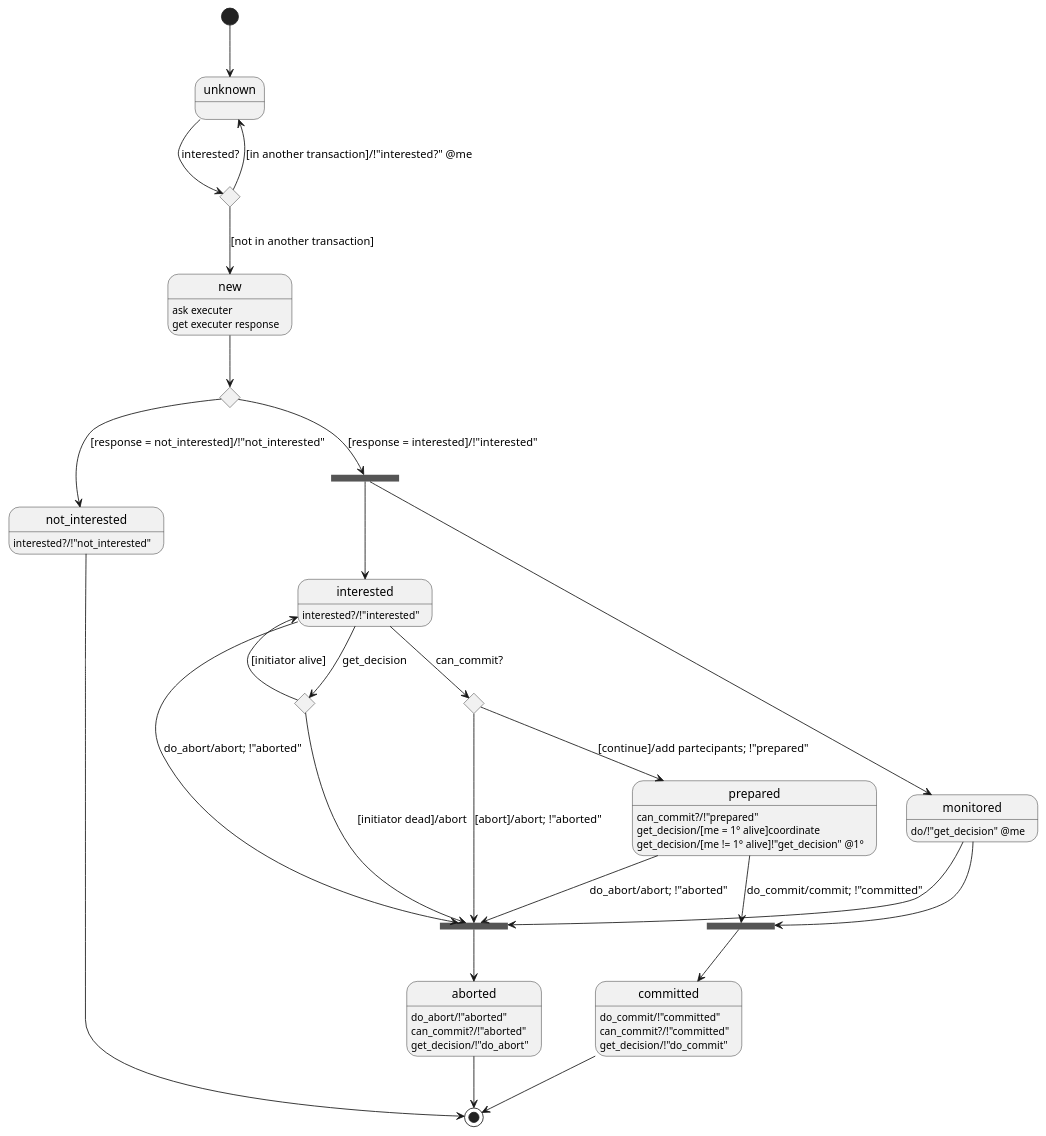
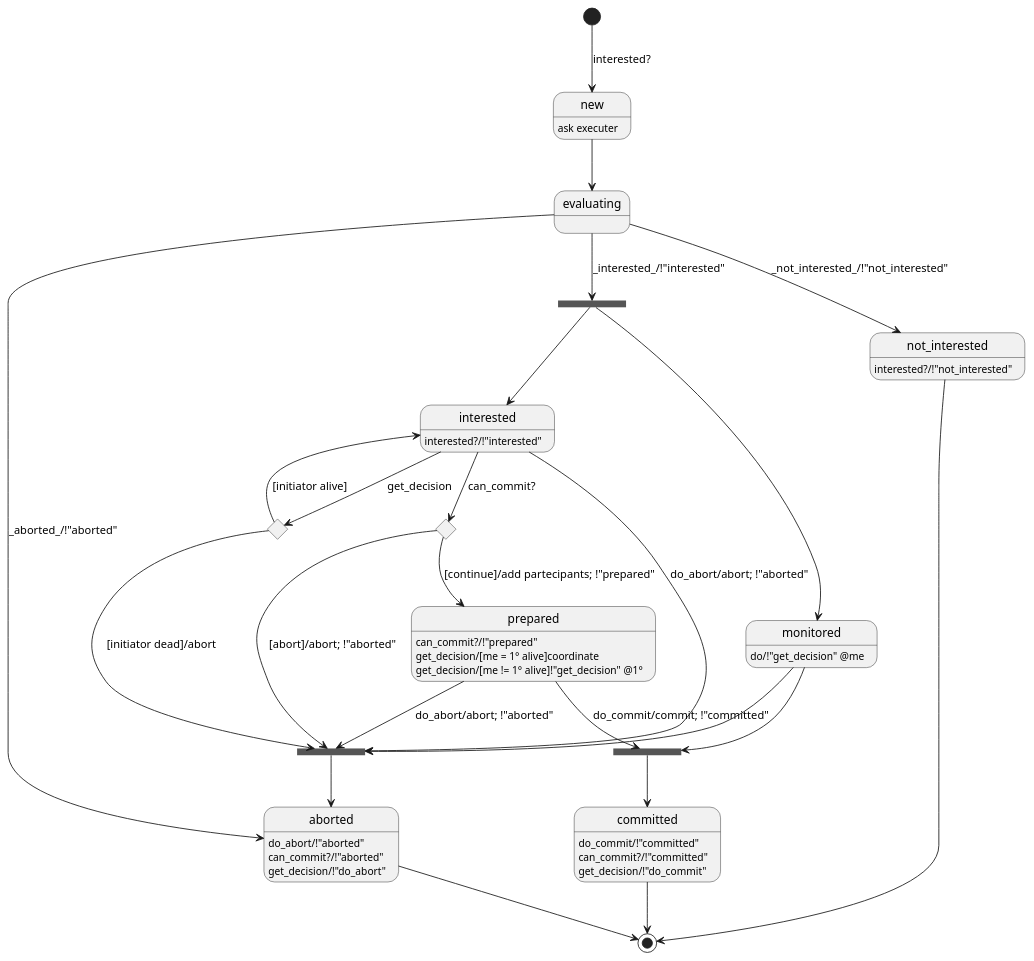
Before and after one commit to abu-lang/goabu: the diagram in docs/transaction_statechart.puml, drawn with PlantUML. The commit also changed 3 other files, not shown here.

Commit message:
updated uml

```diff
--- a/docs/transaction_statechart.puml
+++ b/docs/transaction_statechart.puml
@@ -1,64 +1,57 @@
 @startuml
 
-[*] --> unknown
+[*] --> new : interested?
+new : ask executer
+new --> evaluating
 
-state choice_int <<choice>>
-unknown --> choice_int : interested?
-choice_int --> unknown : [in another transaction]/!"interested?" @me
+evaluating --> aborted : _aborted_/!"aborted"
+aborted : do_abort/!"aborted"
+aborted : can_commit?/!"aborted"
+aborted : get_decision/!"do_abort"
+aborted --> [*]
 
-choice_int --> new : [not in another transaction]
-new : ask executer
-new : get executer response
-
-state choice_resp <<choice>>
-new --> choice_resp
-
-choice_resp --> not_interested : [response = not_interested]/!"not_interested"
+evaluating --> not_interested : _not_interested_/!"not_interested"
 not_interested : interested?/!"not_interested"
 not_interested --> [*]
 
 state par_start <<fork>>
-choice_resp --> par_start : [response = interested]/!"interested"
+evaluating --> par_start : _interested_/!"interested"
 
 par_start --> interested
 interested : interested?/!"interested"
 
 state par_abort <<fork>>
 interested --> par_abort : do_abort/abort; !"aborted"
 
 state choice_get_decision <<choice>>
 interested --> choice_get_decision : get_decision
 choice_get_decision --> interested : [initiator alive]
 choice_get_decision --> par_abort : [initiator dead]/abort
 
 state choice_can_commit <<choice>>
 interested --> choice_can_commit : can_commit?
 choice_can_commit --> par_abort : [abort]/abort; !"aborted"
 
 choice_can_commit --> prepared : [continue]/add partecipants; !"prepared"
 prepared : can_commit?/!"prepared"
 prepared : get_decision/[me = 1° alive]coordinate
 prepared : get_decision/[me != 1° alive]!"get_decision" @1°
 prepared --> par_abort : do_abort/abort; !"aborted"
 
 state par_commit <<fork>>
 prepared --> par_commit : do_commit/commit; !"committed"
 
 par_abort --> aborted
-aborted : do_abort/!"aborted"
-aborted : can_commit?/!"aborted"
-aborted : get_decision/!"do_abort"
-aborted --> [*]
 
 par_commit --> committed
 committed : do_commit/!"committed"
 committed : can_commit?/!"committed"
 committed : get_decision/!"do_commit"
 committed --> [*]
 
 par_start --> monitored
 monitored : do/!"get_decision" @me
 monitored --> par_commit
 monitored --> par_abort
 
 @enduml
```
